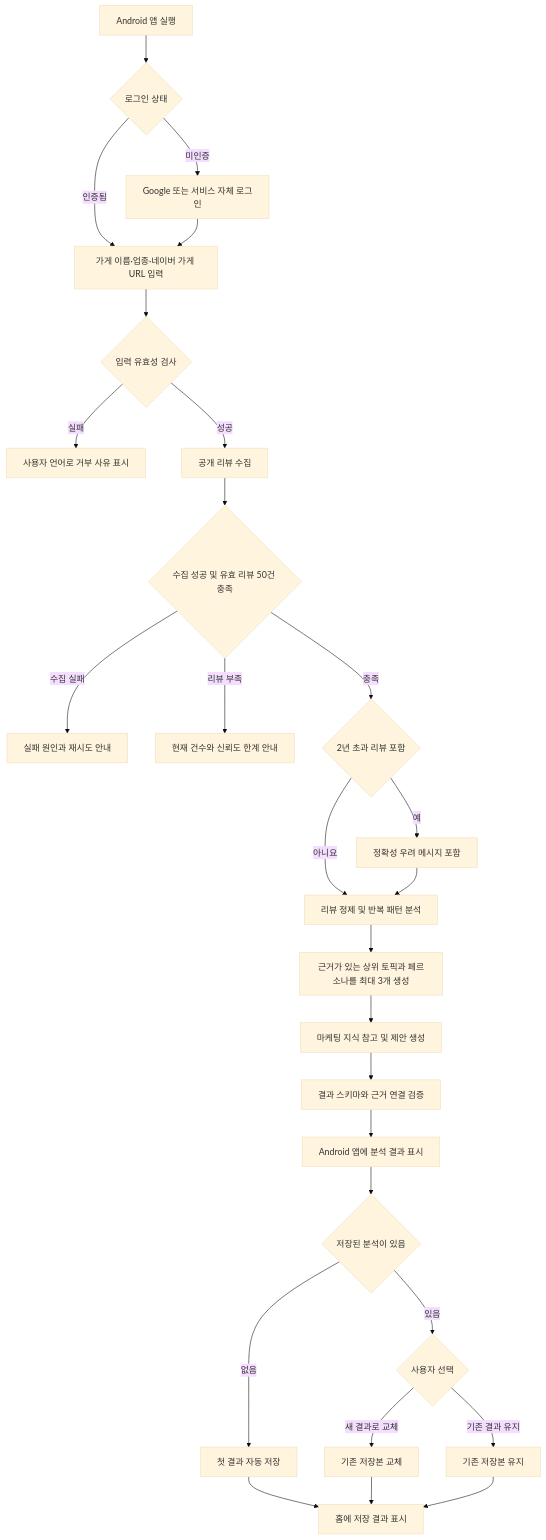
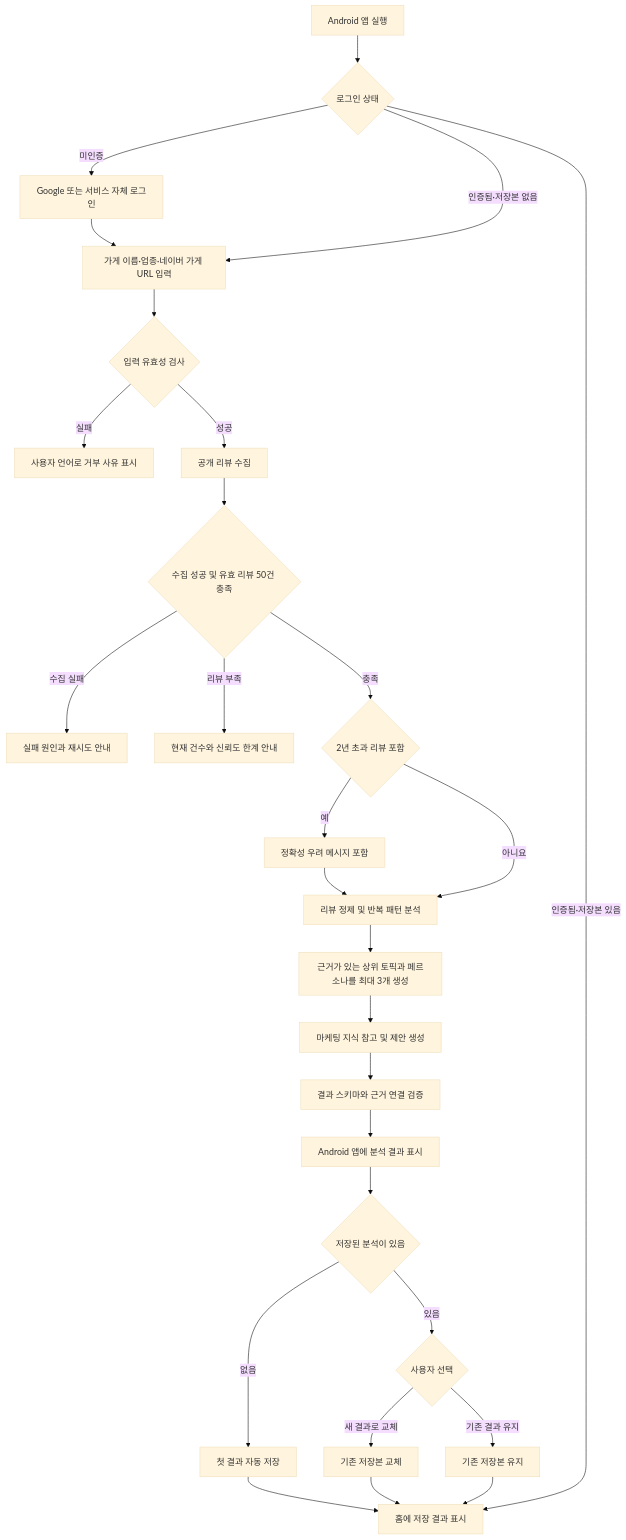
One commit to SKUnohtaekyung/PULSE_SCC changed the diagram in docs/product/requirements/GUEST_ANALYSIS_FUNCTIONAL_SPEC.md. Above: the diagram before and after it, drawn with Mermaid (base theme). The commit also changed other lines of this file and 2 other files, not shown here.

Commit message:
docs(product): address step 2 gate review against backend code
- 봉투 없는 401의 토큰 갱신·재전송, Idempotency-Key 재사용 범위 규칙 추가
- 작업 완료 뒤 analysisId 비교로 첫 저장·미저장 미리보기 분기
- 유효 리뷰 수·토픽 0개·FATAL 정의·서버 문구 사용 범위·이미지 인증을 코드에 맞게 정정
- 오류 코드 표의 HTTP 상태·발생 시점·문맥별 연결 정정, 백엔드 공백을 남은 결정에 기록
- 기능명세 흐름도·FAILED 정의, DESIGN_SYSTEM SC-002·SC-003 정합화

````diff
--- a/docs/product/requirements/GUEST_ANALYSIS_FUNCTIONAL_SPEC.md
+++ b/docs/product/requirements/GUEST_ANALYSIS_FUNCTIONAL_SPEC.md
@@ -73,29 +73,30 @@
 ```mermaid
 flowchart TD
     A[Android 앱 실행] --> A1{로그인 상태}
     A1 -- 미인증 --> A2[Google 또는 서비스 자체 로그인]
-    A1 -- 인증됨 --> B[가게 이름·업종·네이버 가게 URL 입력]
+    A1 -- 인증됨·저장본 없음 --> B[가게 이름·업종·네이버 가게 URL 입력]
+    A1 -- 인증됨·저장본 있음 --> Q
     A2 --> B
     B --> C{입력 유효성 검사}
     C -- 실패 --> D[사용자 언어로 거부 사유 표시]
     C -- 성공 --> E[공개 리뷰 수집]
     E --> F{수집 성공 및 유효 리뷰 50건 충족}
     F -- 수집 실패 --> G[실패 원인과 재시도 안내]
     F -- 리뷰 부족 --> H[현재 건수와 신뢰도 한계 안내]
     F -- 충족 --> F1{2년 초과 리뷰 포함}
     F1 -- 예 --> F2[정확성 우려 메시지 포함]
     F1 -- 아니요 --> I[리뷰 정제 및 반복 패턴 분석]
     F2 --> I
     I --> J[근거가 있는 상위 토픽과 페르소나를 최대 3개 생성]
     J --> K[마케팅 지식 참고 및 제안 생성]
     K --> L[결과 스키마와 근거 연결 검증]
     L --> M[Android 앱에 분석 결과 표시]
     M --> N{저장된 분석이 있음}
     N -- 없음 --> O[첫 결과 자동 저장]
     O --> Q[홈에 저장 결과 표시]
     N -- 있음 --> P{사용자 선택}
     P -- 새 결과로 교체 --> R[기존 저장본 교체]
     P -- 기존 결과 유지 --> S[기존 저장본 유지]
     R --> Q
     S --> Q
 ```
````
